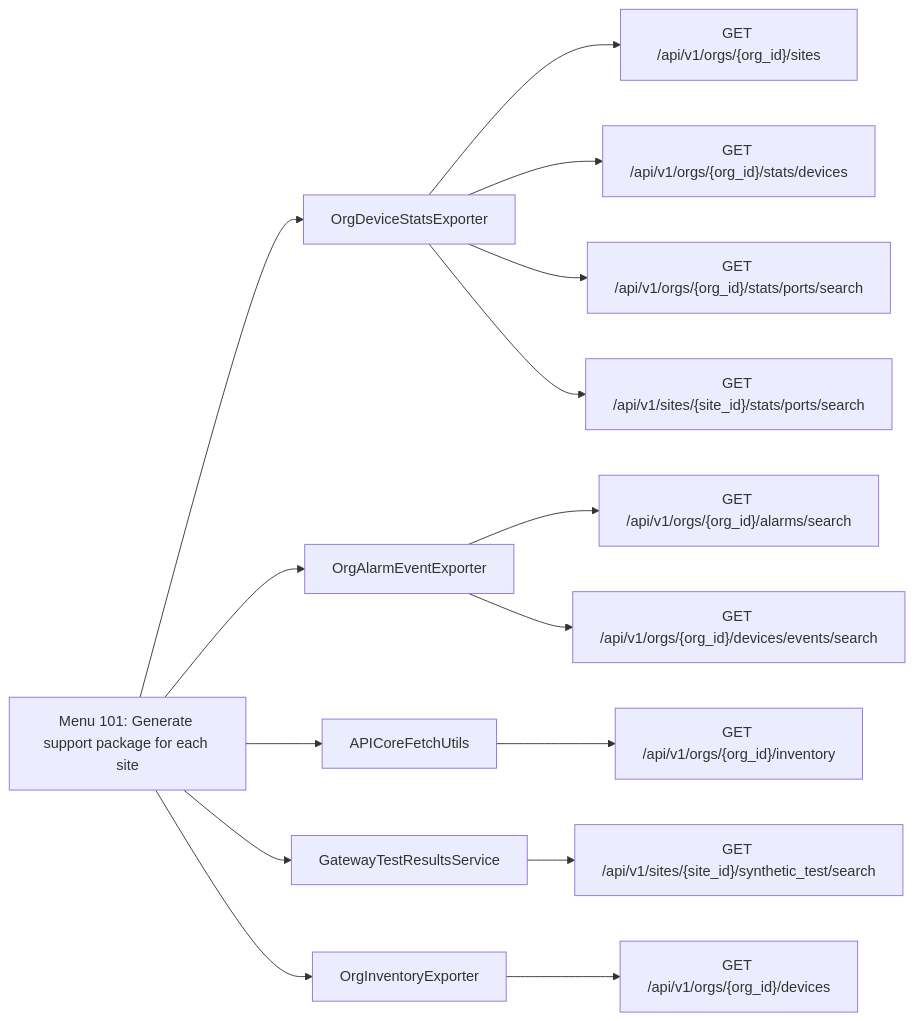
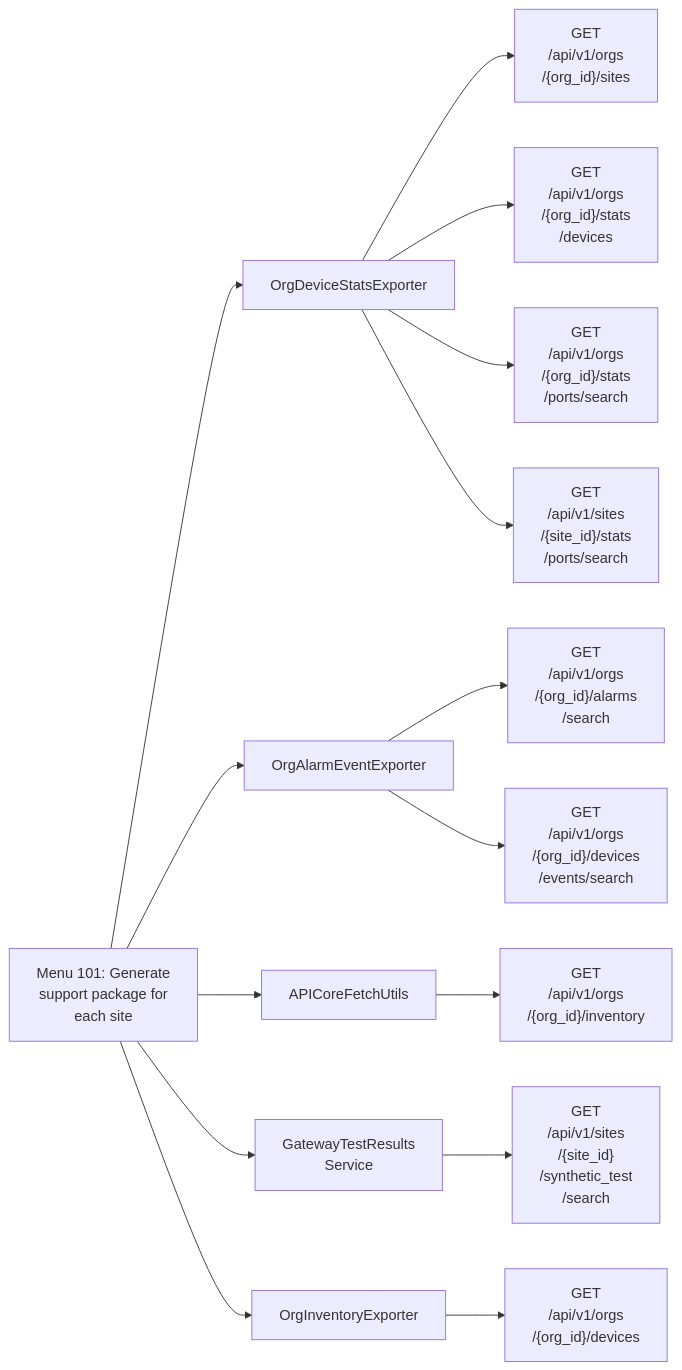
One commit to jmorrison-juniper/MistHelper changed the tenth of 11 diagrams in documentation/menu-api/resource-intensive.md. Above: the diagram before and after it, drawn with Mermaid. The commit also changed other lines of this file and 19 other files, not shown here.

First line of the commit message:
docs(menu-api): fit the Mermaid diagrams to the wiki column

````diff
--- a/documentation/menu-api/resource-intensive.md
+++ b/documentation/menu-api/resource-intensive.md
@@ -261,18 +219,18 @@
 ```mermaid
 flowchart LR
-    menu["Menu 101: Generate support package for each site"]
+    menu["Menu 101: Generate<br/>support package for<br/>each site"]
     menu --> c1["OrgDeviceStatsExporter"]
-    c1 --> e1["GET /api/v1/orgs/{org_id}/sites"]
-    c1 --> e2["GET /api/v1/orgs/{org_id}/stats/devices"]
-    c1 --> e3["GET /api/v1/orgs/{org_id}/stats/ports/search"]
-    c1 --> e4["GET /api/v1/sites/{site_id}/stats/ports/search"]
+    c1 --> e1["GET<br/>/api/v1/orgs<br/>/{org_id}/sites"]
+    c1 --> e2["GET<br/>/api/v1/orgs<br/>/{org_id}/stats<br/>/devices"]
+    c1 --> e3["GET<br/>/api/v1/orgs<br/>/{org_id}/stats<br/>/ports/search"]
+    c1 --> e4["GET<br/>/api/v1/sites<br/>/{site_id}/stats<br/>/ports/search"]
     menu --> c2["OrgAlarmEventExporter"]
-    c2 --> e5["GET /api/v1/orgs/{org_id}/alarms/search"]
-    c2 --> e6["GET /api/v1/orgs/{org_id}/devices/events/search"]
+    c2 --> e5["GET<br/>/api/v1/orgs<br/>/{org_id}/alarms<br/>/search"]
+    c2 --> e6["GET<br/>/api/v1/orgs<br/>/{org_id}/devices<br/>/events/search"]
     menu --> c3["APICoreFetchUtils"]
-    c3 --> e7["GET /api/v1/orgs/{org_id}/inventory"]
-    menu --> c4["GatewayTestResultsService"]
-    c4 --> e8["GET /api/v1/sites/{site_id}/synthetic_test/search"]
+    c3 --> e7["GET<br/>/api/v1/orgs<br/>/{org_id}/inventory"]
+    menu --> c4["GatewayTestResults<br/>Service"]
+    c4 --> e8["GET<br/>/api/v1/sites<br/>/{site_id}<br/>/synthetic_test<br/>/search"]
     menu --> c5["OrgInventoryExporter"]
-    c5 --> e9["GET /api/v1/orgs/{org_id}/devices"]
+    c5 --> e9["GET<br/>/api/v1/orgs<br/>/{org_id}/devices"]
 ```
````
